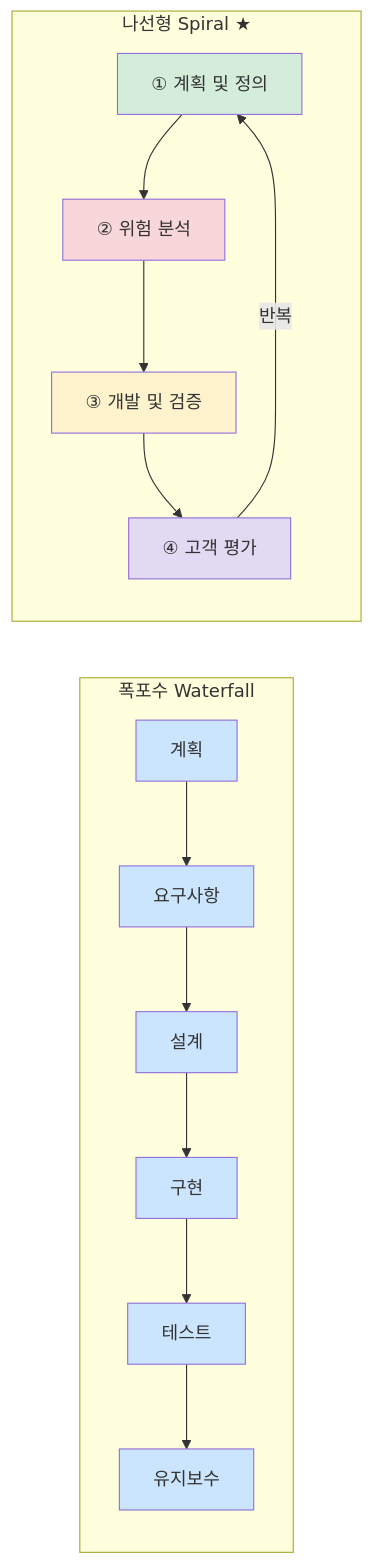
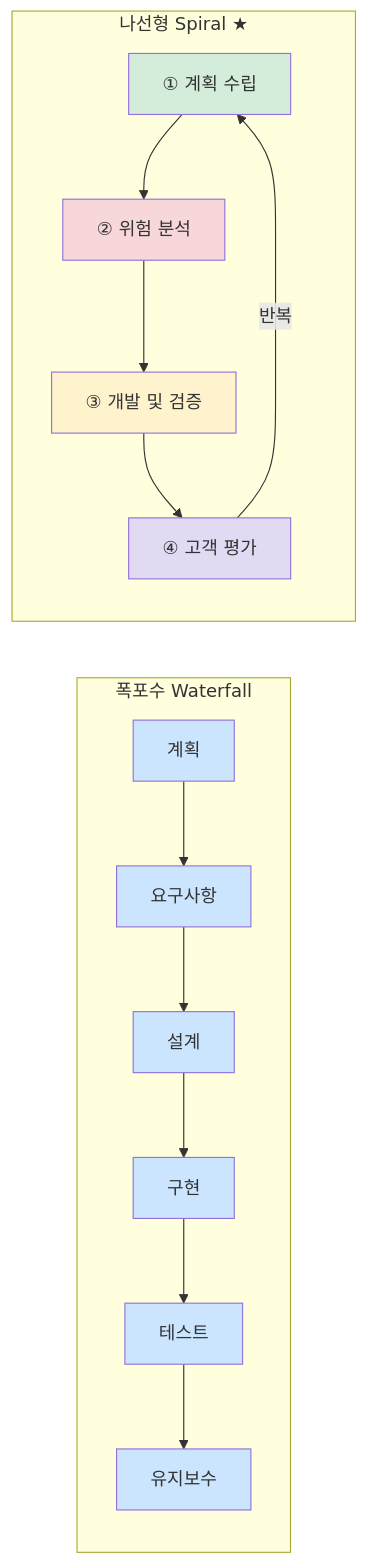
The second of 18 diagrams in 이론/다이어그램_1장.md (Aikaku/EIP_PT), drawn with Mermaid before and after one commit. The commit also changed other lines of this file and 6 other files, not shown here.

Commit message:
Docs : 다이어그램 내용 수정

````diff
--- a/이론/다이어그램_1장.md
+++ b/이론/다이어그램_1장.md
@@ -36,24 +48,24 @@
 ```mermaid
 graph LR
-    subgraph WATERFALL[" 폭포수 Waterfall"]
+    subgraph WATERFALL["폭포수 Waterfall"]
         W1[계획] --> W2[요구사항] --> W3[설계] --> W4[구현] --> W5[테스트] --> W6[유지보수]
     end
 
-    subgraph SPIRAL[" 나선형 Spiral ★"]
-        S1["① 계획 및 정의"] --> S2["② 위험 분석"]
+    subgraph SPIRAL["나선형 Spiral ★"]
+        S1["① 계획 수립"] --> S2["② 위험 분석"]
         S2 --> S3["③ 개발 및 검증"]
         S3 --> S4["④ 고객 평가"]
         S4 -->|반복| S1
     end
 
     style W1 fill:#cce5ff
     style W2 fill:#cce5ff
     style W3 fill:#cce5ff
     style W4 fill:#cce5ff
     style W5 fill:#cce5ff
     style W6 fill:#cce5ff
     style S1 fill:#d4edda
     style S2 fill:#f8d7da
     style S3 fill:#fff3cd
     style S4 fill:#e2d9f3
 ```
````
